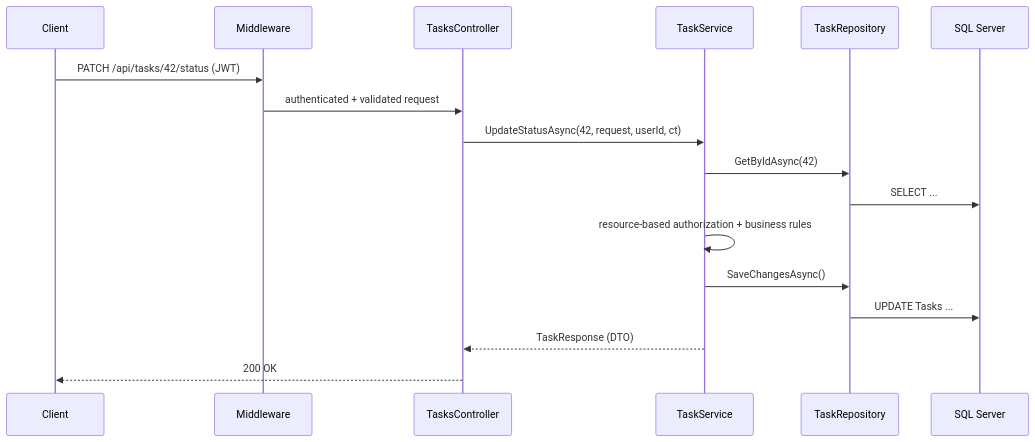
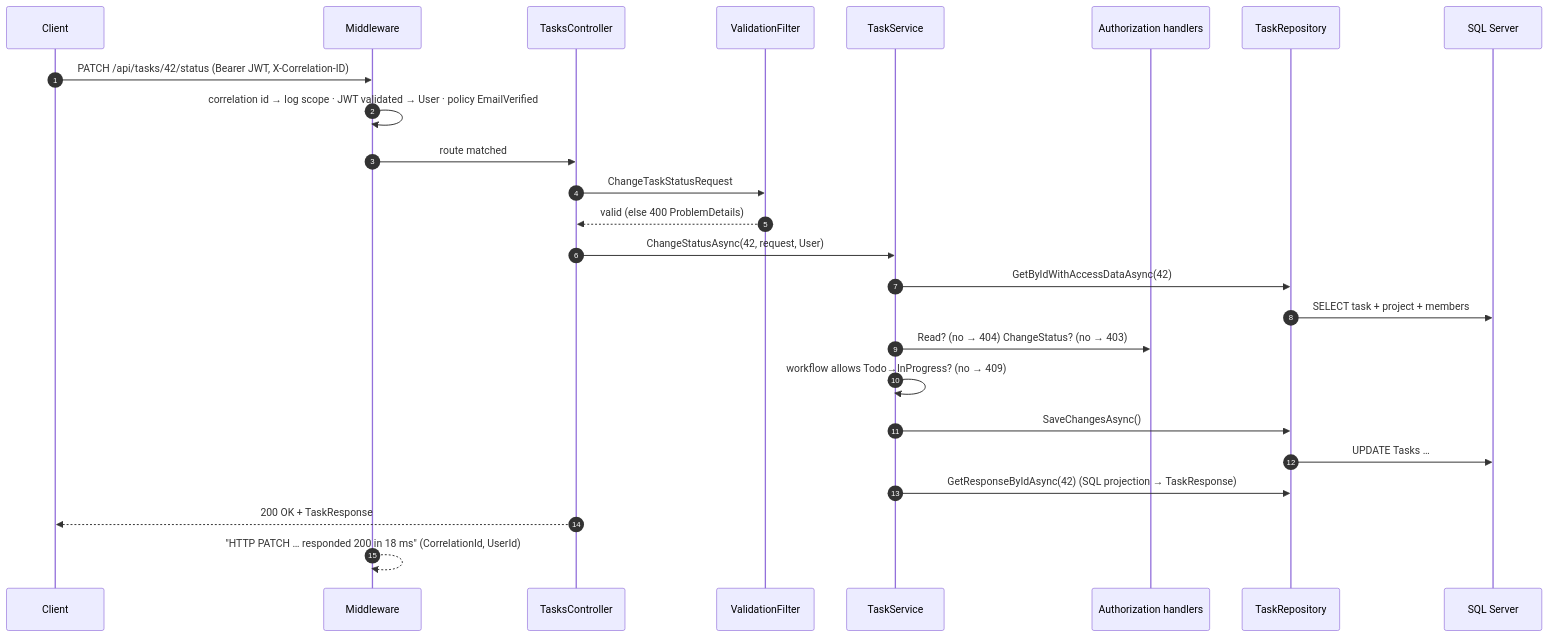
One commit to gauravrawatlabs/01-MonolithicArchitecture-TaskManagementSystem changed the third of 4 diagrams in README.md. Above: the diagram before and after it, drawn with Mermaid. The commit also changed other lines of this file and 2 other files, not shown here.

Commit message:
Phase 15: final README, Git guide and progress tracker

````diff
--- a/README.md
+++ b/README.md
@@ -35,19 +96,28 @@
 ```mermaid
 sequenceDiagram
+    autonumber
     participant C as Client
     participant MW as Middleware
     participant CT as TasksController
+    participant VF as ValidationFilter
     participant S as TaskService
+    participant AZ as Authorization handlers
     participant R as TaskRepository
     participant DB as SQL Server
-    C->>MW: PATCH /api/tasks/42/status (JWT)
-    MW->>CT: authenticated + validated request
-    CT->>S: UpdateStatusAsync(42, request, userId, ct)
-    S->>R: GetByIdAsync(42)
-    R->>DB: SELECT ...
-    S->>S: resource-based authorization + business rules
+
+    C->>MW: PATCH /api/tasks/42/status  (Bearer JWT, X-Correlation-ID)
+    MW->>MW: correlation id → log scope · JWT validated → User · policy EmailVerified
+    MW->>CT: route matched
+    CT->>VF: ChangeTaskStatusRequest
+    VF-->>CT: valid (else 400 ProblemDetails)
+    CT->>S: ChangeStatusAsync(42, request, User)
+    S->>R: GetByIdWithAccessDataAsync(42)
+    R->>DB: SELECT task + project + members
+    S->>AZ: Read? (no → 404)  ChangeStatus? (no → 403)
+    S->>S: workflow allows Todo→InProgress? (no → 409)
     S->>R: SaveChangesAsync()
-    R->>DB: UPDATE Tasks ...
-    S-->>CT: TaskResponse (DTO)
-    CT-->>C: 200 OK
+    R->>DB: UPDATE Tasks …
+    S->>R: GetResponseByIdAsync(42)  (SQL projection → TaskResponse)
+    CT-->>C: 200 OK + TaskResponse
+    MW-->>MW: "HTTP PATCH … responded 200 in 18 ms" (CorrelationId, UserId)
 ```
````
